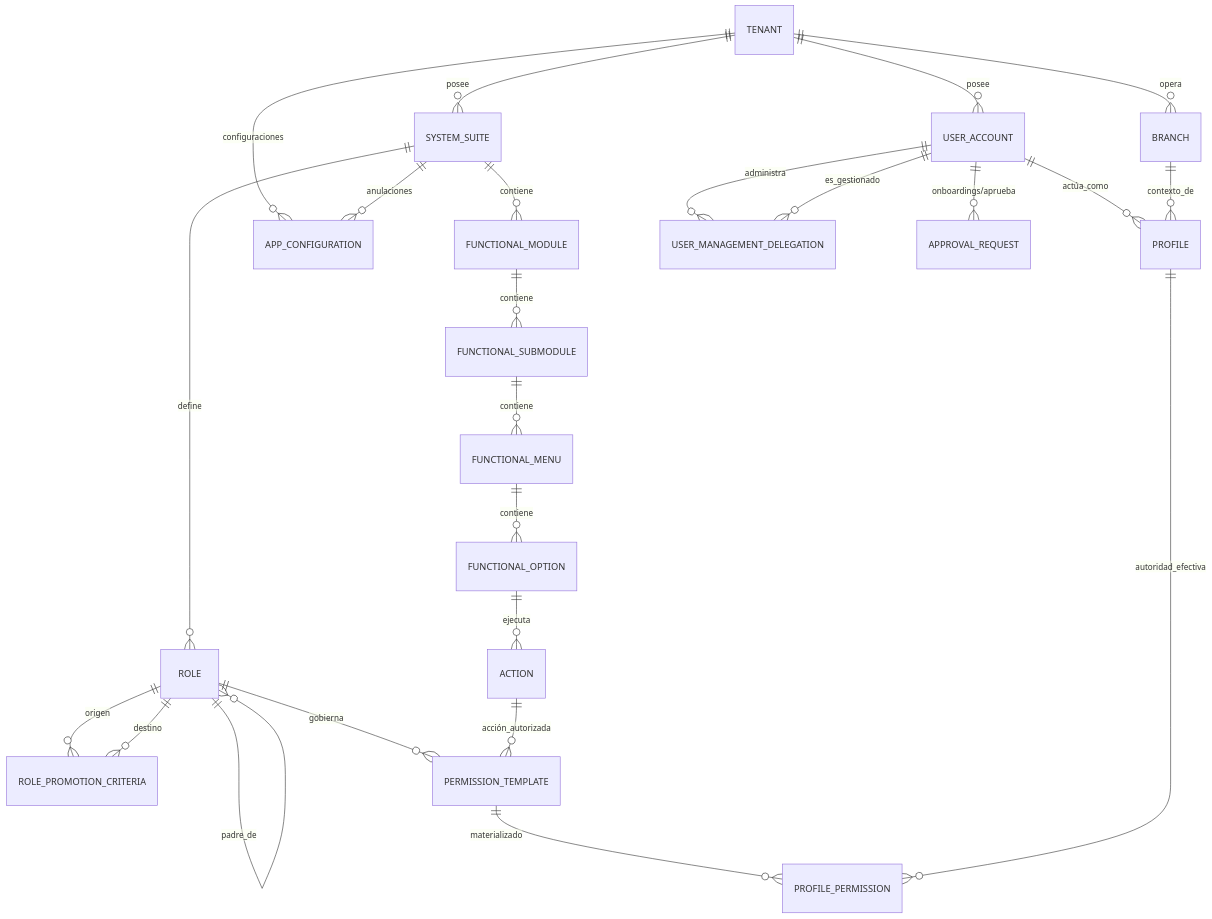
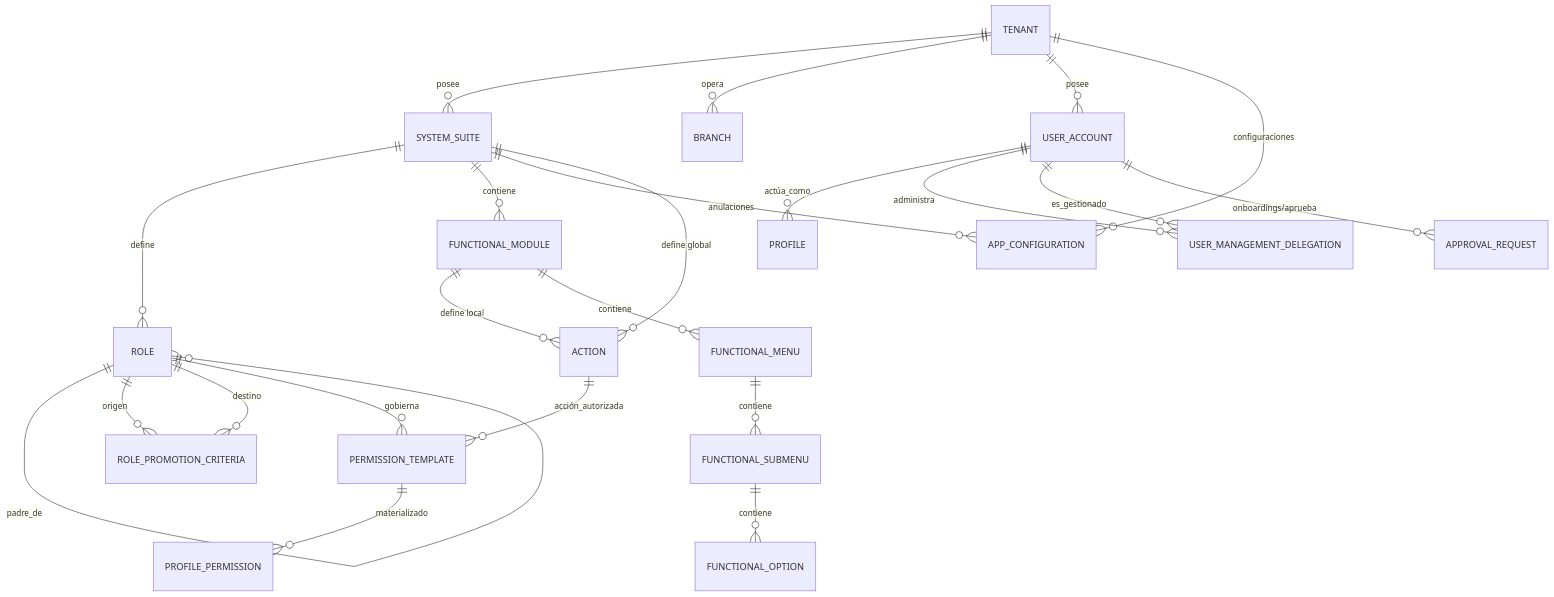
One commit to beyondnetcode/ums changed the first of 4 diagrams in docs/architecture/blueprints-es/database-design-er.md. Above: the diagram before and after it, drawn with Mermaid. The commit also changed other lines of this file and 1 other file, not shown here.

Commit message:
docs: finalize hierarchy as System-Module-Menu-SubMenu-Option and cleanup intro text

````diff
--- a/docs/architecture/blueprints-es/database-design-er.md
+++ b/docs/architecture/blueprints-es/database-design-er.md
@@ -31,33 +31,32 @@
 ```mermaid
 erDiagram
     TENANT ||--o{ SYSTEM_SUITE : "posee"
     TENANT ||--o{ BRANCH : "opera"
     TENANT ||--o{ USER_ACCOUNT : "posee"
     SYSTEM_SUITE ||--o{ ROLE : "define"
     SYSTEM_SUITE ||--o{ FUNCTIONAL_MODULE : "contiene"
     
     ROLE ||--o{ ROLE : "padre_de"
     ROLE ||--o{ ROLE_PROMOTION_CRITERIA : "origen"
     ROLE ||--o{ ROLE_PROMOTION_CRITERIA : "destino"
     
     TENANT ||--o{ APP_CONFIGURATION : "configuraciones"
     SYSTEM_SUITE ||--o{ APP_CONFIGURATION : "anulaciones"
     
     ROLE ||--o{ PERMISSION_TEMPLATE : "gobierna"
     PERMISSION_TEMPLATE ||--o{ PROFILE_PERMISSION : "materializado"
     
     USER_ACCOUNT ||--o{ PROFILE : "actúa_como"
     USER_ACCOUNT ||--o{ USER_MANAGEMENT_DELEGATION : "administra"
     USER_ACCOUNT ||--o{ USER_MANAGEMENT_DELEGATION : "es_gestionado"
     USER_ACCOUNT ||--o{ APPROVAL_REQUEST : "onboardings/aprueba"
     
-    BRANCH ||--o{ PROFILE : "contexto_de"
-    PROFILE ||--o{ PROFILE_PERMISSION : "autoridad_efectiva"
+    SYSTEM_SUITE ||--o{ ACTION : "define global"
+    FUNCTIONAL_MODULE ||--o{ ACTION : "define local"
     
-    FUNCTIONAL_MODULE ||--o{ FUNCTIONAL_SUBMODULE : "contiene"
-    FUNCTIONAL_SUBMODULE ||--o{ FUNCTIONAL_MENU : "contiene"
-    FUNCTIONAL_MENU ||--o{ FUNCTIONAL_OPTION : "contiene"
-    FUNCTIONAL_OPTION ||--o{ ACTION : "ejecuta"
+    FUNCTIONAL_MODULE ||--o{ FUNCTIONAL_MENU : "contiene"
+    FUNCTIONAL_MENU ||--o{ FUNCTIONAL_SUBMENU : "contiene"
+    FUNCTIONAL_SUBMENU ||--o{ FUNCTIONAL_OPTION : "contiene"
     
     ACTION ||--o{ PERMISSION_TEMPLATE : "acción_autorizada"
 ```
````
